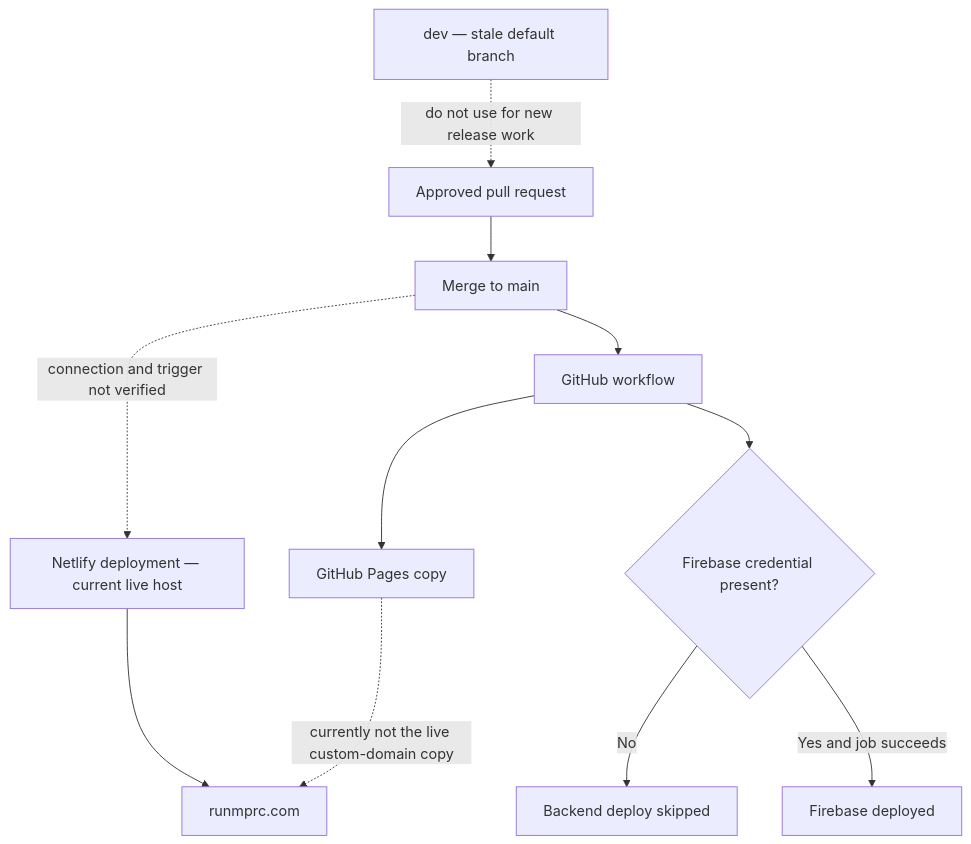
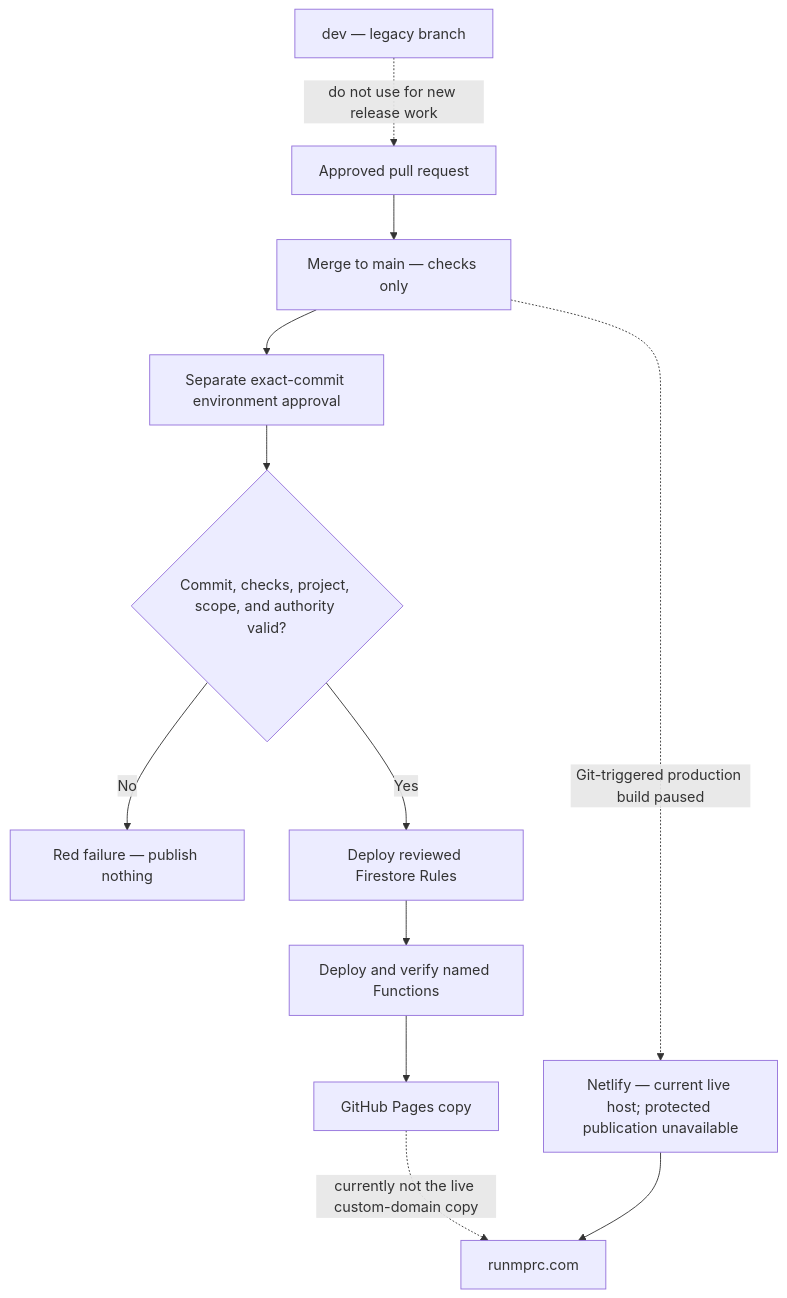
Before and after one commit to Run-MPRC/Run-MPRC.github.io: the third of 5 diagrams in docs/officers/SYSTEM_MAPS.md, drawn with Mermaid. The commit also changed other lines of this file and 22 other files, not shown here.

````diff
--- a/docs/officers/SYSTEM_MAPS.md
+++ b/docs/officers/SYSTEM_MAPS.md
@@ -46,13 +46,14 @@
 ```mermaid
 flowchart TD
-    PR["Approved pull request"] --> Main["Merge to main"]
-    Main --> Workflow["GitHub workflow"]
-    Workflow --> Pages["GitHub Pages copy"]
-    Workflow --> Firebase{"Firebase credential present?"}
-    Firebase -- "No" --> Skip["Backend deploy skipped"]
-    Firebase -- "Yes and job succeeds" --> Backend["Firebase deployed"]
-    Main -. "connection and trigger not verified" .-> Netlify
-    Netlify["Netlify deployment — current live host"] --> Live["runmprc.com"]
+    PR["Approved pull request"] --> Main["Merge to main — checks only"]
+    Main --> Approval["Separate exact-commit environment approval"]
+    Approval --> Preflight{"Commit, checks, project, scope, and authority valid?"}
+    Preflight -- "No" --> Stop["Red failure — publish nothing"]
+    Preflight -- "Yes" --> Rules["Deploy reviewed Firestore Rules"]
+    Rules --> Functions["Deploy and verify named Functions"]
+    Functions --> Pages["GitHub Pages copy"]
+    Main -. "Git-triggered production build paused" .-> Netlify
+    Netlify["Netlify — current live host; protected publication unavailable"] --> Live["runmprc.com"]
     Pages -. "currently not the live custom-domain copy" .-> Live
-    Dev["dev — stale default branch"] -. "do not use for new release work" .-> PR
+    Dev["dev — legacy branch"] -. "do not use for new release work" .-> PR
 ```
````
